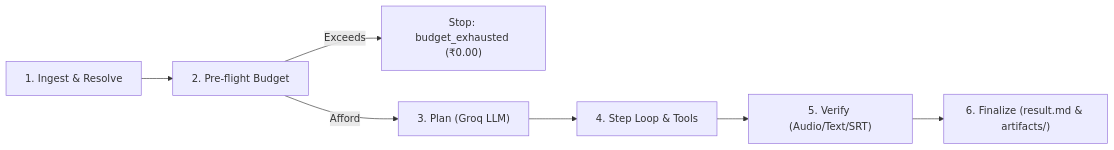
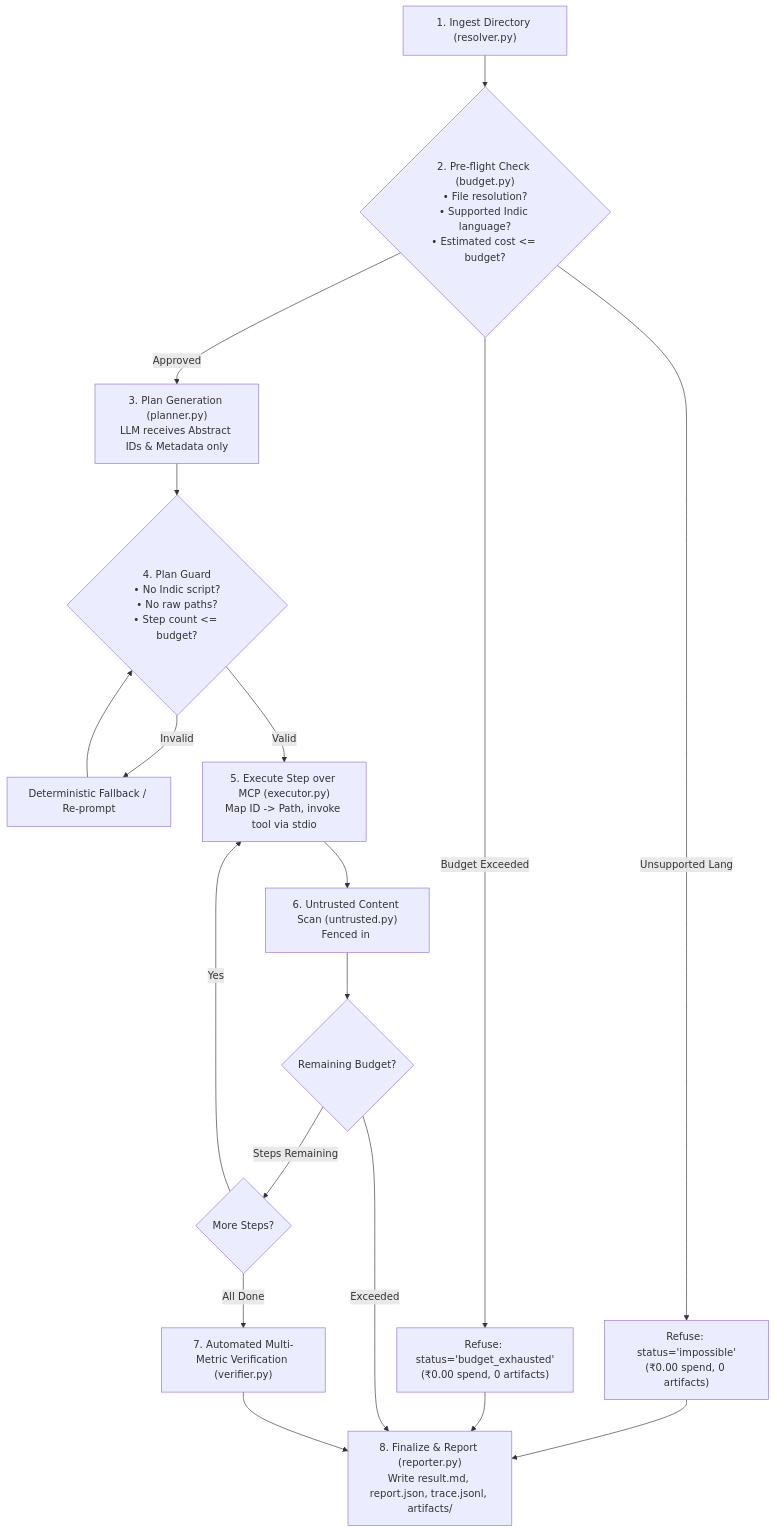
One commit to Bodhan-AI/Bodhan-AI-Cookbook changed the second of 2 diagrams in examples/bodhan_tool_agent/docs/PR_DESCRIPTION.md. Above: the diagram before and after it, drawn with Mermaid. The commit also changed other lines of this file and 1 other file, not shown here.

Commit message:
docs: update PR description with enhanced architecture and tool comparison

````diff
--- a/examples/bodhan_tool_agent/docs/PR_DESCRIPTION.md
+++ b/examples/bodhan_tool_agent/docs/PR_DESCRIPTION.md
@@ -122,9 +141,17 @@
 ```mermaid
-flowchart LR
-    A["1. Ingest & Resolve"] --> B["2. Pre-flight Budget"]
-    B -->|Exceeds| B_STOP["Stop: budget_exhausted (₹0.00)"]
-    B -->|Afford| C["3. Plan (Groq LLM)"]
-    C --> D["4. Step Loop & Tools"]
-    D --> E["5. Verify (Audio/Text/SRT)"]
-    E --> F["6. Finalize (result.md & artifacts/)"]
+flowchart TD
+    INGEST["1. Ingest Directory (resolver.py)"] --> PREFLIGHT{"2. Pre-flight Check (budget.py)<br/>• File resolution?<br/>• Supported Indic language?<br/>• Estimated cost <= budget?"}
+    PREFLIGHT -->|Unsupported Lang| REFUSE1["Refuse: status='impossible'<br/>(₹0.00 spend, 0 artifacts)"] --> FINALIZE
+    PREFLIGHT -->|Budget Exceeded| REFUSE2["Refuse: status='budget_exhausted'<br/>(₹0.00 spend, 0 artifacts)"] --> FINALIZE
+    PREFLIGHT -->|Approved| PLAN["3. Plan Generation (planner.py)<br/>LLM receives Abstract IDs & Metadata only"]
+    PLAN --> GUARD{"4. Plan Guard<br/>• No Indic script?<br/>• No raw paths?<br/>• Step count <= budget?"}
+    GUARD -->|Invalid| REPLAN["Deterministic Fallback / Re-prompt"] --> GUARD
+    GUARD -->|Valid| STEP["5. Execute Step over MCP (executor.py)<br/>Map ID -> Path, invoke tool via stdio"]
+    STEP --> SEC_SCAN["6. Untrusted Content Scan (untrusted.py)<br/>Fenced in <UNTRUSTED_CONTENT>"]
+    SEC_SCAN --> BUDGET_CHECK{"Remaining Budget?"}
+    BUDGET_CHECK -->|Exceeded| FINALIZE
+    BUDGET_CHECK -->|Steps Remaining| MORE{"More Steps?"}
+    MORE -->|Yes| STEP
+    MORE -->|All Done| VERIFY["7. Automated Multi-Metric Verification (verifier.py)"]
+    VERIFY --> FINALIZE["8. Finalize & Report (reporter.py)<br/>Write result.md, report.json, trace.jsonl, artifacts/"]
 ```
````
